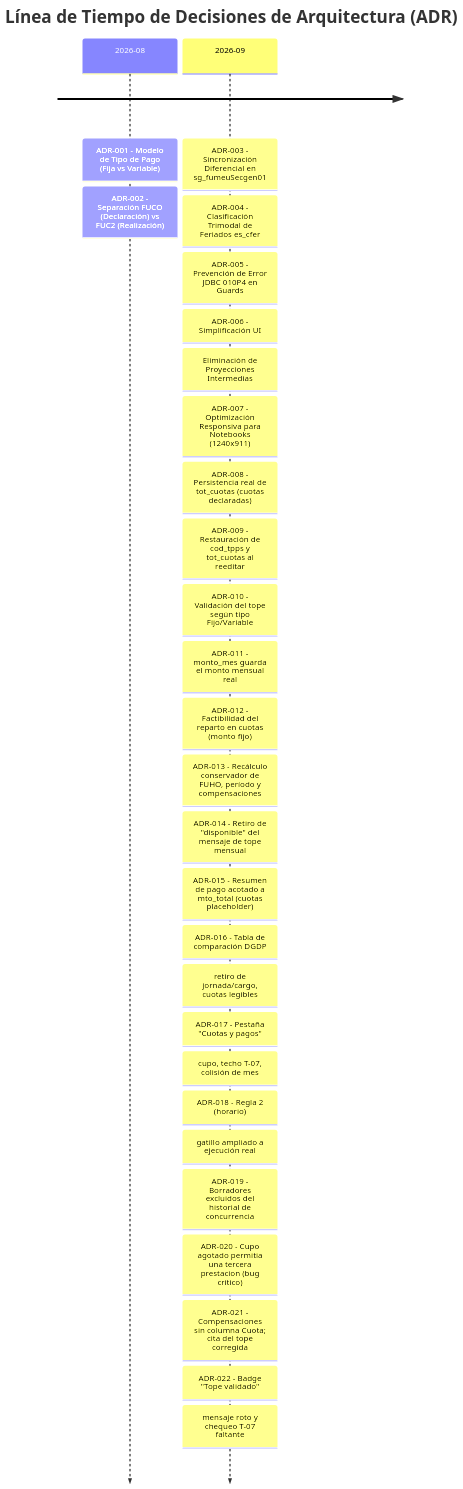
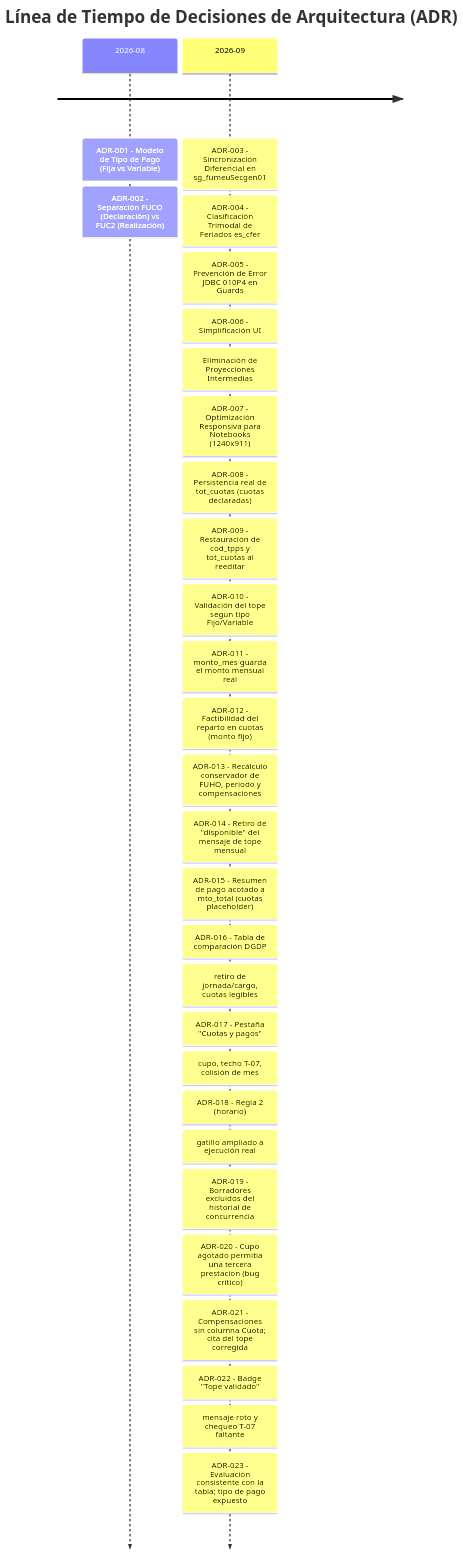
The diagram in cambios_pa_solicitud_wf/contexto_reglas_cambios_agregados/README.md (estebanlizama/template-du09), drawn with Mermaid before and after one commit. The commit also changed other lines of this file and 1 other file, not shown here.

Commit message:
docs: add complete specification and README for PDS request workflow validations and amounts

````diff
--- a/cambios_pa_solicitud_wf/contexto_reglas_cambios_agregados/README.md
+++ b/cambios_pa_solicitud_wf/contexto_reglas_cambios_agregados/README.md
@@ -28,26 +28,27 @@
 ```mermaid
 timeline
     title Línea de Tiempo de Decisiones de Arquitectura (ADR)
     2026-08 : ADR-001 - Modelo de Tipo de Pago (Fija vs Variable)
             : ADR-002 - Separación FUCO (Declaración) vs FUC2 (Realización)
     2026-09 : ADR-003 - Sincronización Diferencial en sg_fumeuSecgen01
             : ADR-004 - Clasificación Trimodal de Feriados es_cfer
             : ADR-005 - Prevención de Error JDBC 010P4 en Guards
             : ADR-006 - Simplificación UI: Eliminación de Proyecciones Intermedias
             : ADR-007 - Optimización Responsiva para Notebooks (1240x911)
             : ADR-008 - Persistencia real de tot_cuotas (cuotas declaradas)
             : ADR-009 - Restauración de cod_tpps y tot_cuotas al reeditar
             : ADR-010 - Validación del tope según tipo Fijo/Variable
             : ADR-011 - monto_mes guarda el monto mensual real
             : ADR-012 - Factibilidad del reparto en cuotas (monto fijo)
             : ADR-013 - Recálculo conservador de FUHO, período y compensaciones
             : ADR-014 - Retiro de "disponible" del mensaje de tope mensual
             : ADR-015 - Resumen de pago acotado a mto_total (cuotas placeholder)
             : ADR-016 - Tabla de comparación DGDP: retiro de jornada/cargo, cuotas legibles
             : ADR-017 - Pestaña "Cuotas y pagos": cupo, techo T-07, colisión de mes
             : ADR-018 - Regla 2 (horario): gatillo ampliado a ejecución real
             : ADR-019 - Borradores excluidos del historial de concurrencia
             : ADR-020 - Cupo agotado permitia una tercera prestacion (bug critico)
             : ADR-021 - Compensaciones sin columna Cuota; cita del tope corregida
             : ADR-022 - Badge "Tope validado": mensaje roto y chequeo T-07 faltante
+            : ADR-023 - Evaluación consistente con la tabla; tipo de pago expuesto
 ```
````
